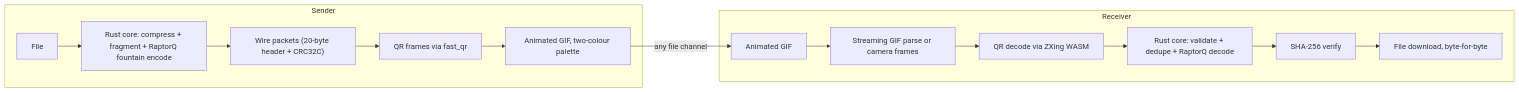
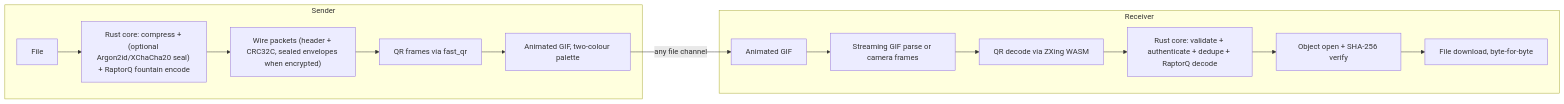
One commit to Rudrakshbhardwaj01/Pigeon changed the diagram in README.md. Above: the diagram before and after it, drawn with Mermaid. The commit also changed other lines of this file and 57 other files, not shown here.

````diff
--- a/README.md
+++ b/README.md
@@ -57,17 +60,17 @@
 ```mermaid
 flowchart LR
     subgraph Sender
-        A[File] --> B["Rust core: compress + fragment + RaptorQ fountain encode"]
-        B --> C["Wire packets (20-byte header + CRC32C)"]
+        A[File] --> B["Rust core: compress + (optional Argon2id/XChaCha20 seal) + RaptorQ fountain encode"]
+        B --> C["Wire packets (header + CRC32C, sealed envelopes when encrypted)"]
         C --> D[QR frames via fast_qr]
         D --> E[Animated GIF, two-colour palette]
     end
     E -- "any file channel" --> F[Animated GIF]
     subgraph Receiver
         F --> G["Streaming GIF parse or camera frames"]
         G --> H[QR decode via ZXing WASM]
-        H --> I["Rust core: validate + dedupe + RaptorQ decode"]
-        I --> J[SHA-256 verify]
+        H --> I["Rust core: validate + authenticate + dedupe + RaptorQ decode"]
+        I --> J[Object open + SHA-256 verify]
         J --> K[File download, byte-for-byte]
     end
 ```
````
